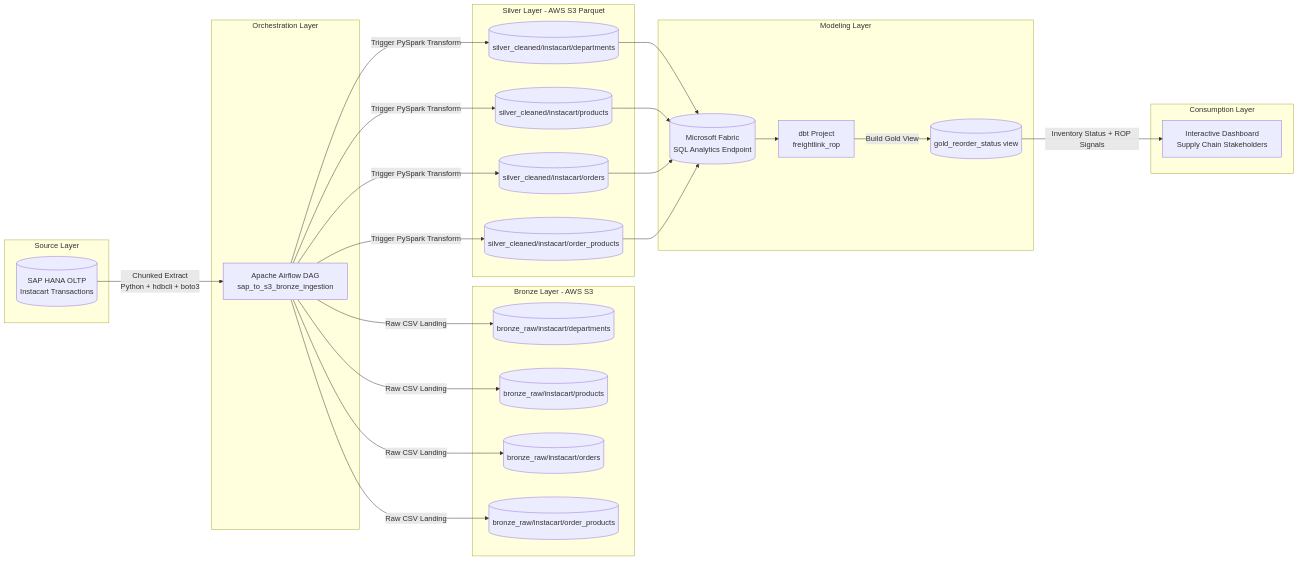
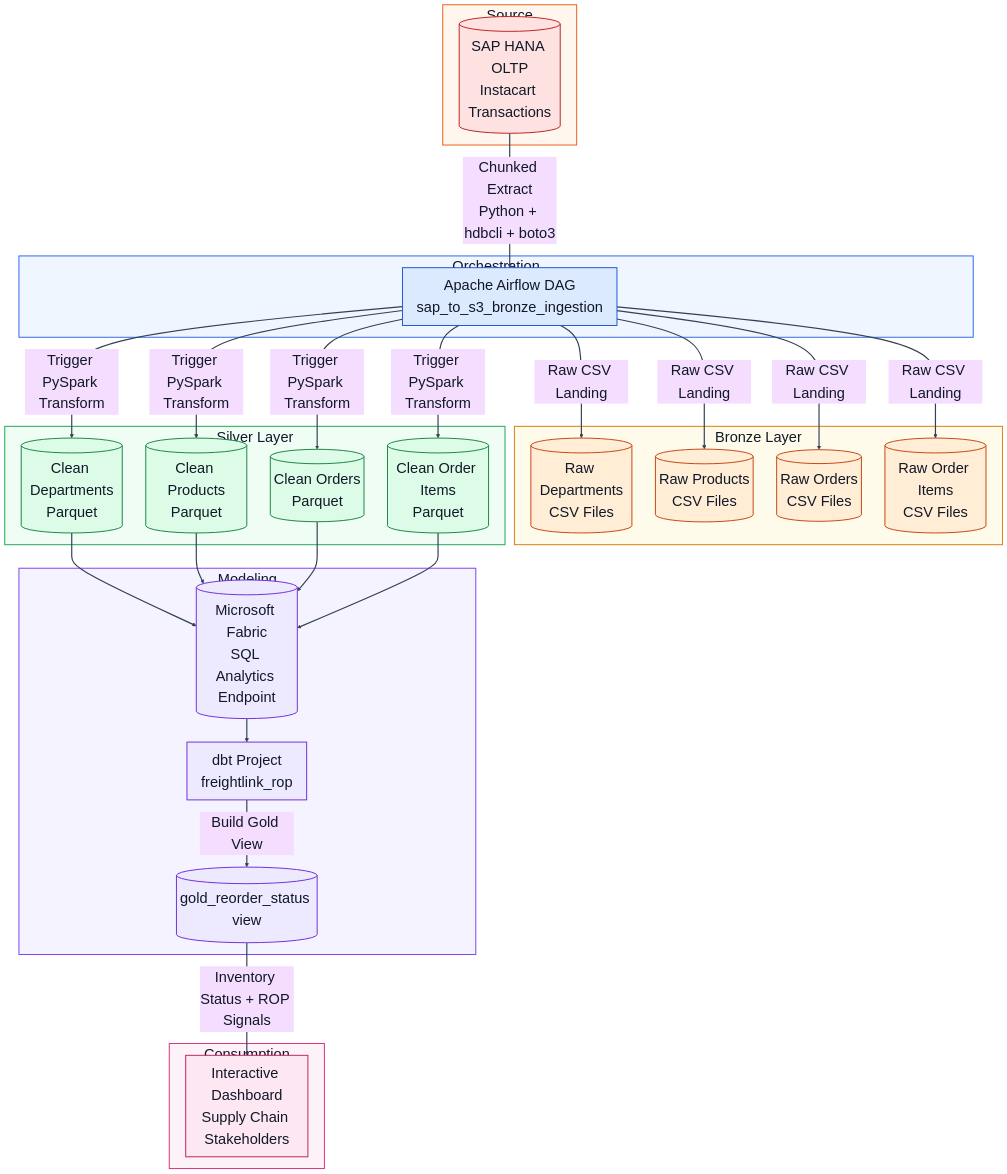
One commit to ridwandris/freightlink-rop changed the diagram in README.md. Above: the diagram before and after it, drawn with Mermaid.

Commit message:
Phase 3 completed

````diff
--- a/README.md
+++ b/README.md
@@ -61,54 +61,79 @@
 ```mermaid
-flowchart LR
-	subgraph SOURCE[Source Layer]
-		SAP[(SAP HANA OLTP\nInstacart Transactions)]
+%%{init: {'theme':'base','themeVariables':{'fontSize':'31px','fontFamily':'Segoe UI, Arial, sans-serif','lineColor':'#334155','primaryTextColor':'#111827','tertiaryTextColor':'#111827','clusterBkg':'#f8fafc','clusterBorder':'#94a3b8'}}}%%
+flowchart TB
+
+	classDef source fill:#fee2e2,stroke:#b91c1c,stroke-width:2px,color:#111827,font-size:31px;
+	classDef orchestration fill:#dbeafe,stroke:#1d4ed8,stroke-width:2px,color:#111827,font-size:31px;
+	classDef bronze fill:#ffedd5,stroke:#c2410c,stroke-width:2px,color:#111827,font-size:31px;
+	classDef silver fill:#dcfce7,stroke:#15803d,stroke-width:2px,color:#111827,font-size:31px;
+	classDef modeling fill:#ede9fe,stroke:#6d28d9,stroke-width:2px,color:#111827,font-size:31px;
+	classDef consume fill:#fce7f3,stroke:#be185d,stroke-width:2px,color:#111827,font-size:31px;
+
+	subgraph SOURCE[Source<br/>]
+		SAP[(SAP HANA OLTP<br/>Instacart Transactions)]
 	end
 
-	subgraph ORCH[Orchestration Layer]
-		AF[Apache Airflow DAG\nsap_to_s3_bronze_ingestion]
+	subgraph ORCH[Orchestration<br/>]
+		AF[Apache Airflow DAG<br/>sap_to_s3_bronze_ingestion]
 	end
 
-	subgraph BRONZE[Bronze Layer - AWS S3]
-		B1[(bronze_raw/instacart/departments)]
-		B2[(bronze_raw/instacart/products)]
-		B3[(bronze_raw/instacart/orders)]
-		B4[(bronze_raw/instacart/order_products)]
+	subgraph BRONZE[Bronze Layer<br/>]
+		B1[(Raw Departments<br/>CSV Files)]
+		B2[(Raw Products<br/>CSV Files)]
+		B3[(Raw Orders<br/>CSV Files)]
+		B4[(Raw Order Items<br/>CSV Files)]
 	end
 
-	subgraph SILVER[Silver Layer - AWS S3 Parquet]
-		S1[(silver_cleaned/instacart/departments)]
-		S2[(silver_cleaned/instacart/products)]
-		S3[(silver_cleaned/instacart/orders)]
-		S4[(silver_cleaned/instacart/order_products)]
+	subgraph SILVER[Silver Layer<br/>]
+		S1[(Clean Departments<br/>Parquet)]
+		S2[(Clean Products<br/>Parquet)]
+		S3[(Clean Orders<br/>Parquet)]
+		S4[(Clean Order Items<br/>Parquet)]
 	end
 
-	subgraph MODEL[Modeling Layer]
-		FAB[(Microsoft Fabric\nSQL Analytics Endpoint)]
-		DBT[dbt Project\nfreightlink_rop]
+	subgraph MODEL[Modeling<br/>]
+		FAB[(Microsoft Fabric<br/>SQL Analytics Endpoint)]
+		DBT[dbt Project<br/>freightlink_rop]
 		GOLD[(gold_reorder_status view)]
 	end
 
-	subgraph CONSUME[Consumption Layer]
-		BI[Interactive Dashboard\nSupply Chain Stakeholders]
+	subgraph CONSUME[Consumption<br/>]
+		BI[Interactive Dashboard<br/>Supply Chain Stakeholders]
 	end
 
-	SAP -->|Chunked Extract\nPython + hdbcli + boto3| AF
+	style SOURCE fill:#fff7ed,stroke:#ea580c,stroke-width:2px,color:#111827
+	style ORCH fill:#eff6ff,stroke:#2563eb,stroke-width:2px,color:#111827
+	style BRONZE fill:#fffbeb,stroke:#d97706,stroke-width:2px,color:#111827
+	style SILVER fill:#f0fdf4,stroke:#16a34a,stroke-width:2px,color:#111827
+	style MODEL fill:#f5f3ff,stroke:#7c3aed,stroke-width:2px,color:#111827
+	style CONSUME fill:#fdf2f8,stroke:#db2777,stroke-width:2px,color:#111827
+
+	SAP -->|Chunked Extract<br/>Python + hdbcli + boto3| AF
 	AF -->|Raw CSV Landing| B1
 	AF -->|Raw CSV Landing| B2
 	AF -->|Raw CSV Landing| B3
 	AF -->|Raw CSV Landing| B4
 
 	AF -->|Trigger PySpark Transform| S1
 	AF -->|Trigger PySpark Transform| S2
 	AF -->|Trigger PySpark Transform| S3
 	AF -->|Trigger PySpark Transform| S4
 
 	S1 --> FAB
 	S2 --> FAB
 	S3 --> FAB
 	S4 --> FAB
 
 	FAB --> DBT
 	DBT -->|Build Gold View| GOLD
 	GOLD -->|Inventory Status + ROP Signals| BI
+
+	class SAP source
+	class AF orchestration
+	class B1,B2,B3,B4 bronze
+	class S1,S2,S3,S4 silver
+	class FAB,DBT,GOLD modeling
+	class BI consume
+
+	linkStyle default stroke:#334155,stroke-width:2.5px,color:#111827
 ```
````
